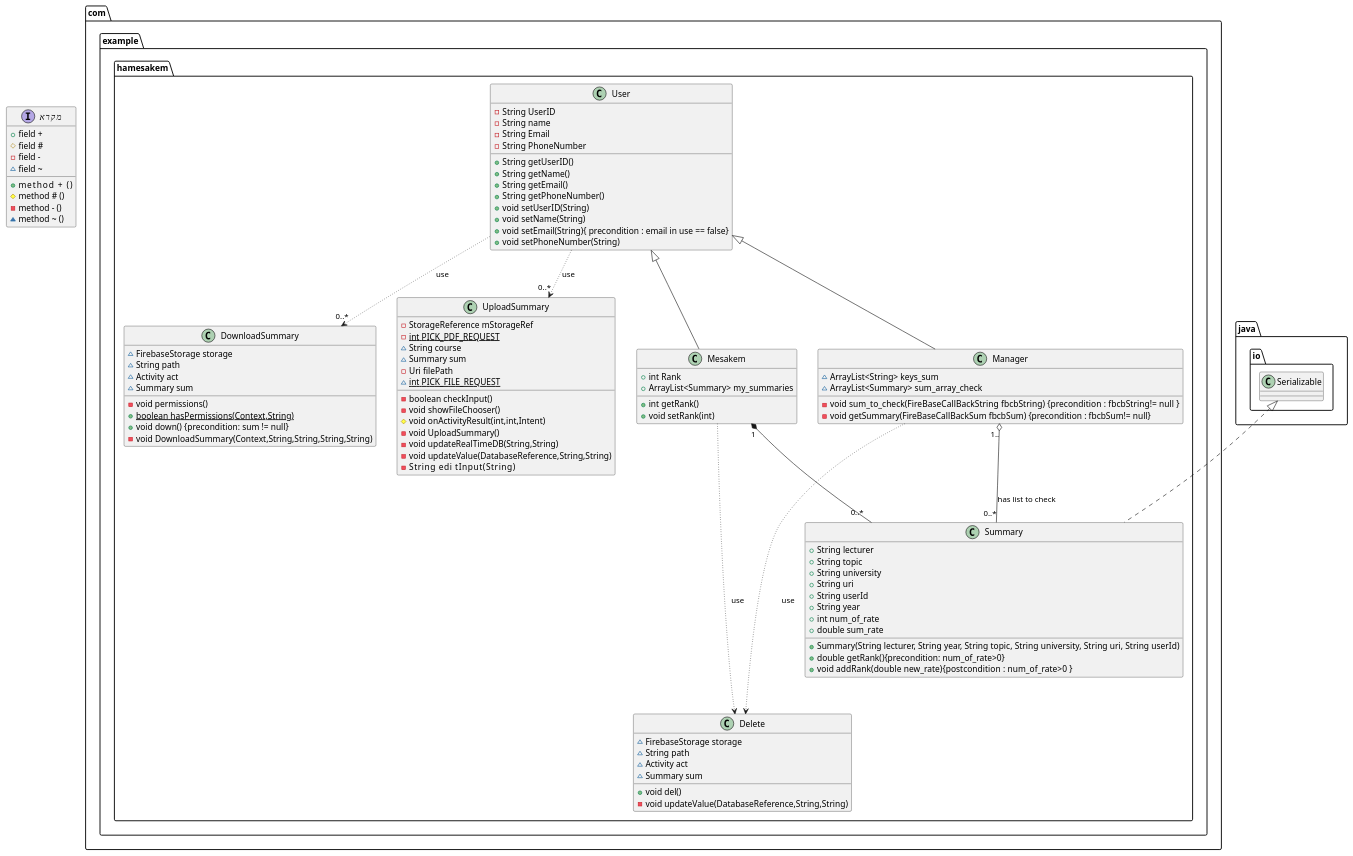
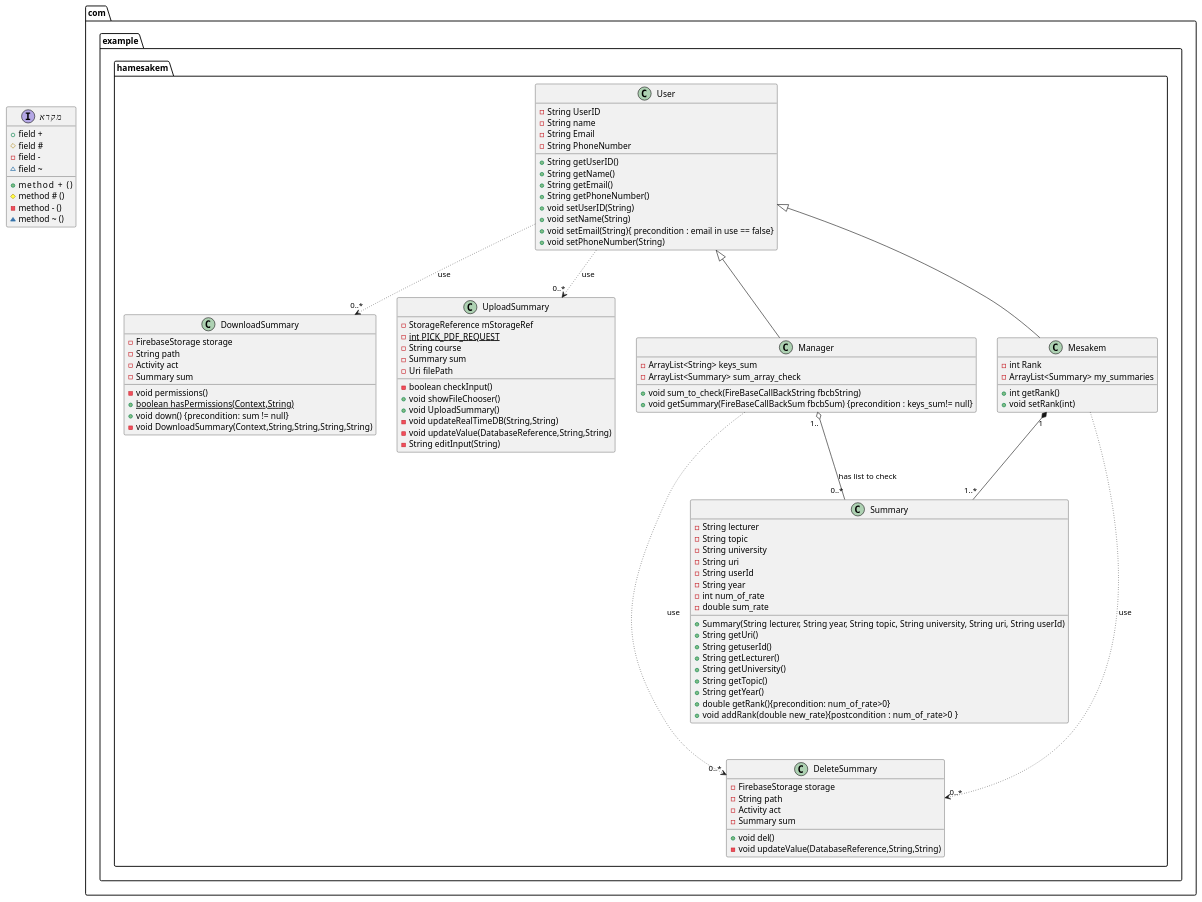
One commit to boaz30333/Hamesakem--Android-app changed the diagram in app/UML/class diagram.puml. Above: the diagram before and after it, drawn with PlantUML. The commit also changed 1 other file, not shown here.

Commit message:
Update class diagram and slides

```diff
--- a/app/UML/class diagram.puml
+++ b/app/UML/class diagram.puml
@@ -1,110 +1,115 @@
 @startuml
-class com.example.hamesakem.Delete {
-~ FirebaseStorage storage
-~ String path
-~ Activity act
-~ Summary sum
+class com.example.hamesakem.DeleteSummary {
+- FirebaseStorage storage
+- String path
+- Activity act
+- Summary sum
 + void del()
 - void updateValue(DatabaseReference,String,String)
 }
 
 Interface מקרא {
 +  field +
 +  method  +    ()
 #  field #
 # method # ()
 - field -
 - method - ()
 ~ field ~
 ~ method ~ ()
 
 
 }
 class com.example.hamesakem.DownloadSummary {
-~ FirebaseStorage storage
-~ String path
-~ Activity act
-~ Summary sum
+- FirebaseStorage storage
+- String path
+- Activity act
+- Summary sum
 - void permissions()
 + {static} boolean hasPermissions(Context,String)
 + void down() {precondition: sum != null}
 - void DownloadSummary(Context,String,String,String,String)
 }
 
 
 
 class com.example.hamesakem.UploadSummary {
 - StorageReference mStorageRef
 - {static} int PICK_PDF_REQUEST
-~ String course
-~ Summary sum
+- String course
+- Summary sum
 - Uri filePath
-~ {static} int PICK_FILE_REQUEST
 - boolean checkInput()
-- void showFileChooser()
-# void onActivityResult(int,int,Intent)
-- void UploadSummary()
++ void showFileChooser()
++ void UploadSummary()
 - void updateRealTimeDB(String,String)
 - void updateValue(DatabaseReference,String,String)
-- String edi       tInput(String)
+- String editInput(String)
 }
+
 class com.example.hamesakem.Manager {
-~ ArrayList<String> keys_sum
-~ ArrayList<Summary> sum_array_check
-- void sum_to_check(FireBaseCallBackString fbcbString) {precondition : fbcbString!= null   }
-- void getSummary(FireBaseCallBackSum fbcbSum) {precondition : fbcbSum!= null}
+- ArrayList<String> keys_sum
+- ArrayList<Summary> sum_array_check
++ void sum_to_check(FireBaseCallBackString fbcbString)
++ void getSummary(FireBaseCallBackSum fbcbSum) {precondition : keys_sum!= null}
 }
 
 class com.example.hamesakem.User {
 - String UserID
 - String name
 - String Email
 - String PhoneNumber
 + String getUserID()
 + String getName()
 + String getEmail()
 + String getPhoneNumber()
 + void setUserID(String)
 + void setName(String)
 + void setEmail(String){ precondition : email in use == false}
 + void setPhoneNumber(String)
 }
+
 class com.example.hamesakem.Mesakem {
-+ int Rank
-+ ArrayList<Summary> my_summaries
+- int Rank
+- ArrayList<Summary> my_summaries
 
 + int getRank()
 + void setRank(int)
 
 }
 
 class com.example.hamesakem.Summary {
-+ String lecturer
-+ String topic
-+ String university
-+ String uri
-+ String userId
-+ String year
-+ int num_of_rate
-+ double sum_rate
+- String lecturer
+- String topic
+- String university
+- String uri
+- String userId
+- String year
+- int num_of_rate
+- double sum_rate
 +   Summary(String lecturer, String year, String topic, String university, String uri, String userId)
++ String getUri()
++ String getuserId()
++ String getLecturer()
++ String getUniversity()
++ String getTopic()
++ String getYear()
 + double getRank(){precondition: num_of_rate>0}
 + void addRank(double new_rate){postcondition :  num_of_rate>0 }
 }
 
 
 
 com.example.hamesakem.User <|-- com.example.hamesakem.Mesakem
 com.example.hamesakem.User <|-- com.example.hamesakem.Manager
 
-java.io.Serializable <|.. com.example.hamesakem.Summary
 com.example.hamesakem.Manager "1.." o-- "0..*" com.example.hamesakem.Summary : has list to check
-com.example.hamesakem.Mesakem "1" *-- "0..*" com.example.hamesakem.Summary
+com.example.hamesakem.Mesakem "1" *-- "1..*" com.example.hamesakem.Summary
 
-com.example.hamesakem.Manager  -[dotted]--> com.example.hamesakem.Delete : use
-com.example.hamesakem.Mesakem  -[dotted]-> com.example.hamesakem.Delete : use
+com.example.hamesakem.Manager  -[dotted]--> "0..*" com.example.hamesakem.DeleteSummary : use
+com.example.hamesakem.Mesakem  -[dotted]-> "0..*" com.example.hamesakem.DeleteSummary : use
 com.example.hamesakem.User  -[dotted]-> "0..*" com.example.hamesakem.DownloadSummary : use
 com.example.hamesakem.User  -[dotted]-> "0..*" com.example.hamesakem.UploadSummary : use
 
 
 @enduml
```
